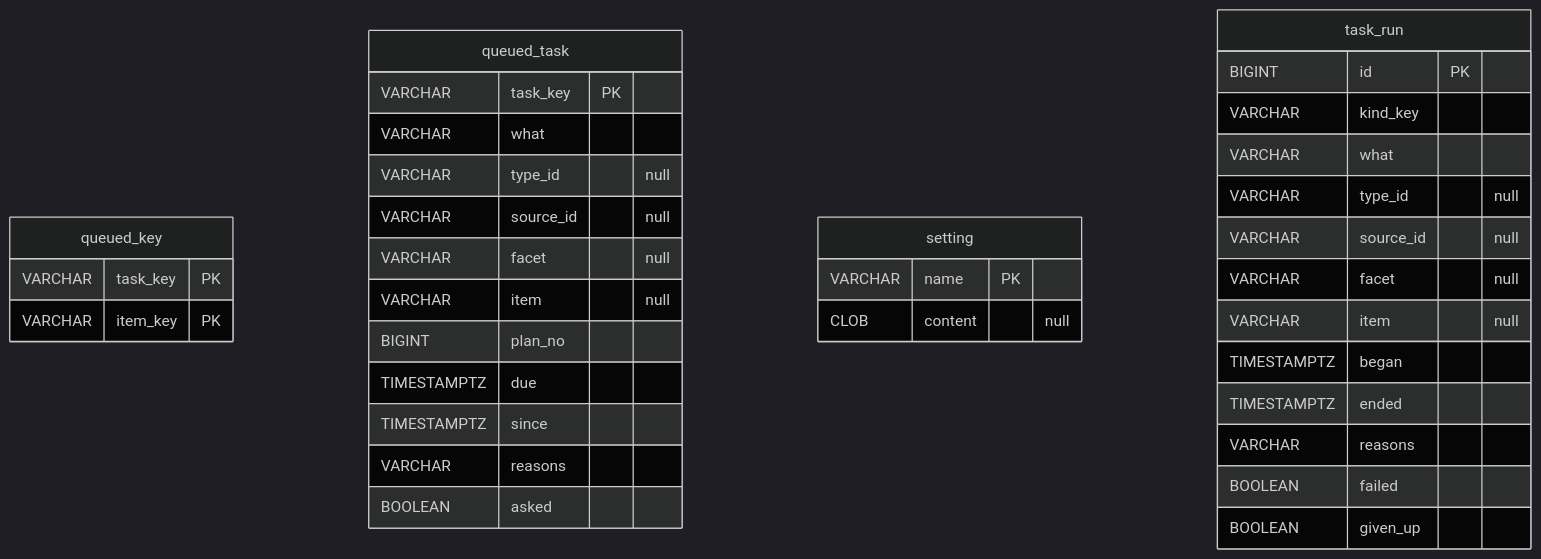
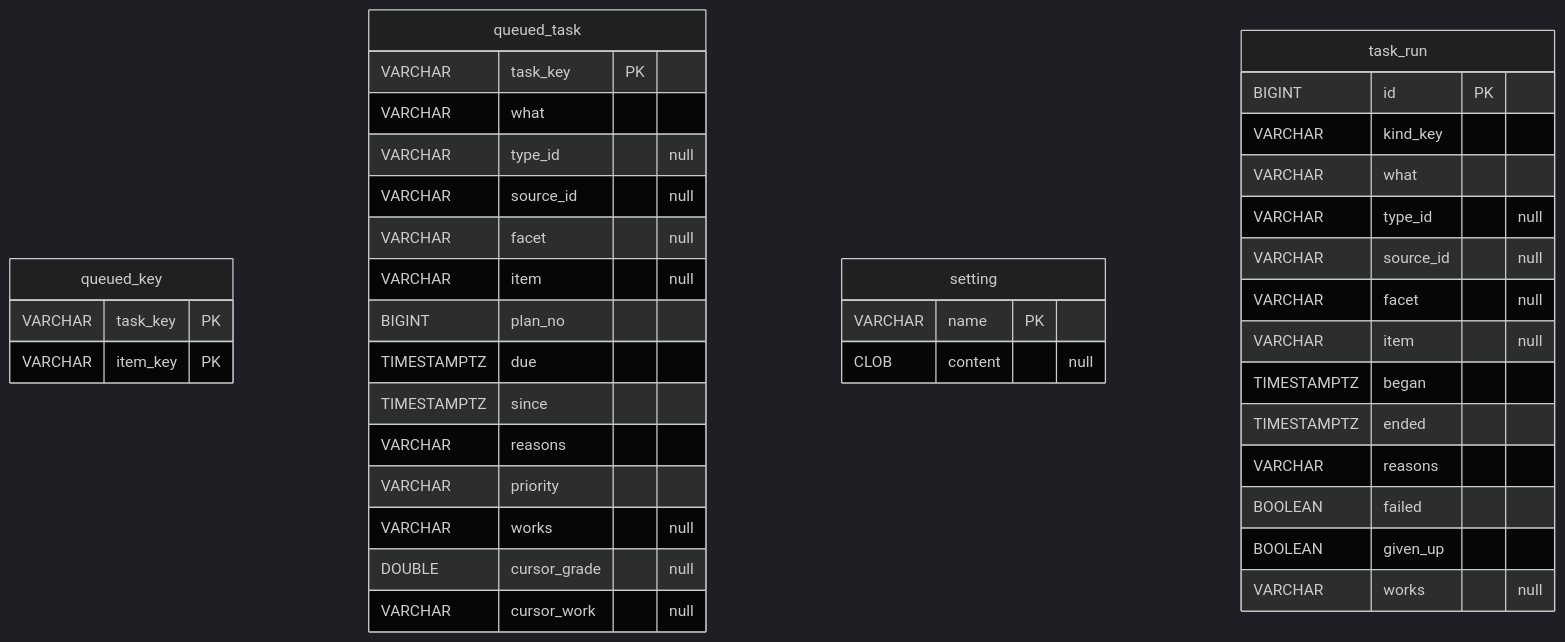
The diagram in docs/database/app.md (vlsergey/recommend4me), drawn with Mermaid (dark theme) before and after one commit. The commit also changed other lines of this file and 32 other files, not shown here.

````diff
--- a/docs/database/app.md
+++ b/docs/database/app.md
@@ -15,38 +15,42 @@
 ```mermaid
 erDiagram
     queued_key {
         VARCHAR task_key PK
         VARCHAR item_key PK
     }
     queued_task {
         VARCHAR task_key PK
         VARCHAR what
         VARCHAR type_id "null"
         VARCHAR source_id "null"
         VARCHAR facet "null"
         VARCHAR item "null"
         BIGINT plan_no
         TIMESTAMPTZ due
         TIMESTAMPTZ since
         VARCHAR reasons
-        BOOLEAN asked
+        VARCHAR priority
+        VARCHAR works "null"
+        DOUBLE cursor_grade "null"
+        VARCHAR cursor_work "null"
     }
     setting {
         VARCHAR name PK
         CLOB content "null"
     }
     task_run {
         BIGINT id PK
         VARCHAR kind_key
         VARCHAR what
         VARCHAR type_id "null"
         VARCHAR source_id "null"
         VARCHAR facet "null"
         VARCHAR item "null"
         TIMESTAMPTZ began
         TIMESTAMPTZ ended
         VARCHAR reasons
         BOOLEAN failed
         BOOLEAN given_up
+        VARCHAR works "null"
     }
 ```
````
